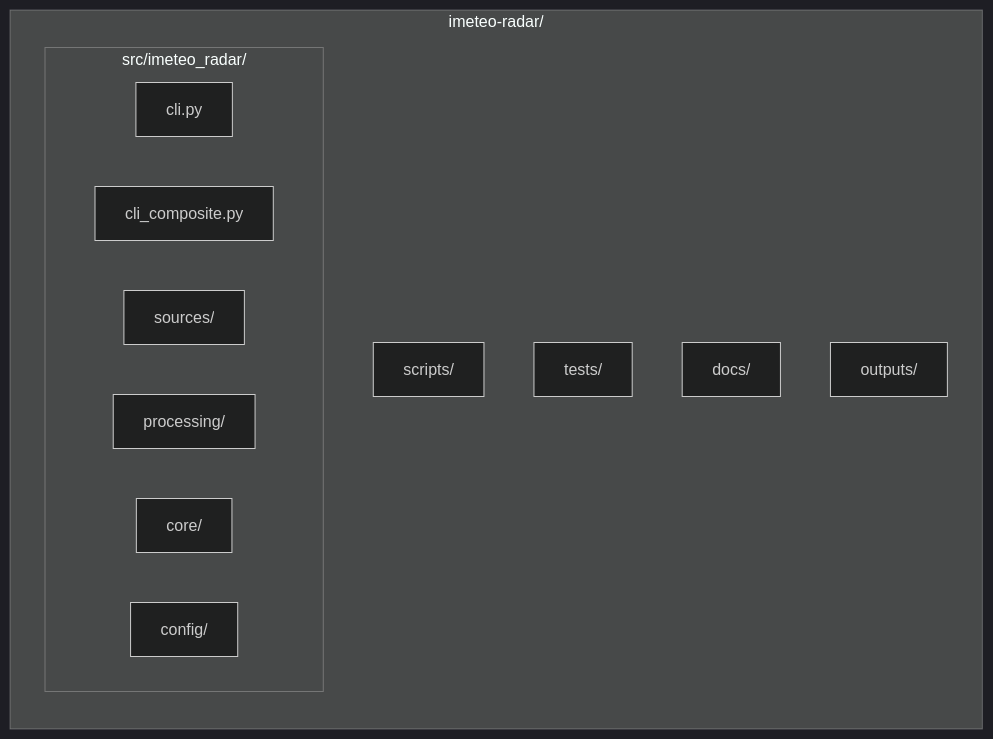
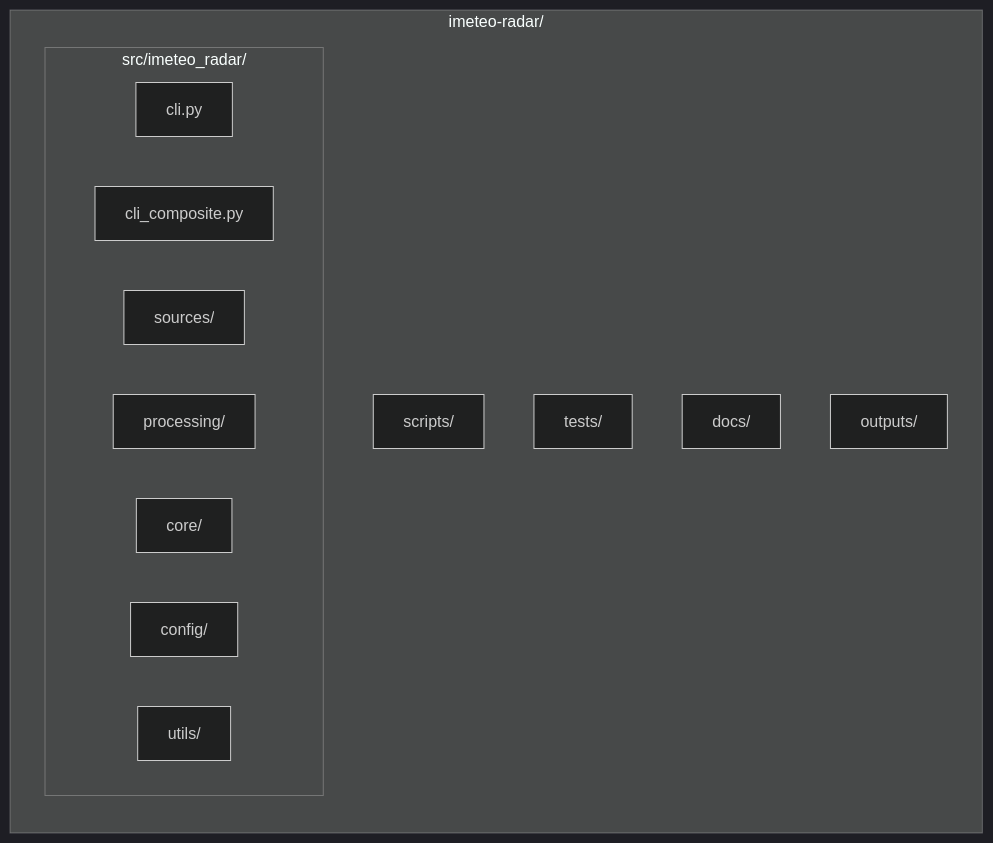
The diagram in CLAUDE.md (franko14/radar-shmu), drawn with Mermaid (dark theme) before and after one commit. The commit also changed other lines of this file and 7 other files, not shown here.

````diff
--- a/CLAUDE.md
+++ b/CLAUDE.md
@@ -9,17 +9,18 @@
 ```mermaid
 graph LR
     subgraph root["imeteo-radar/"]
         subgraph src["src/imeteo_radar/"]
             CLI["cli.py"]
             CLIC["cli_composite.py"]
             SRC["sources/"]
             PROC["processing/"]
             CORE["core/"]
             CONF["config/"]
+            UTIL["utils/"]
         end
         SCRIPTS["scripts/"]
         TESTS["tests/"]
         DOCS["docs/"]
         OUT["outputs/"]
     end
 ```
````
